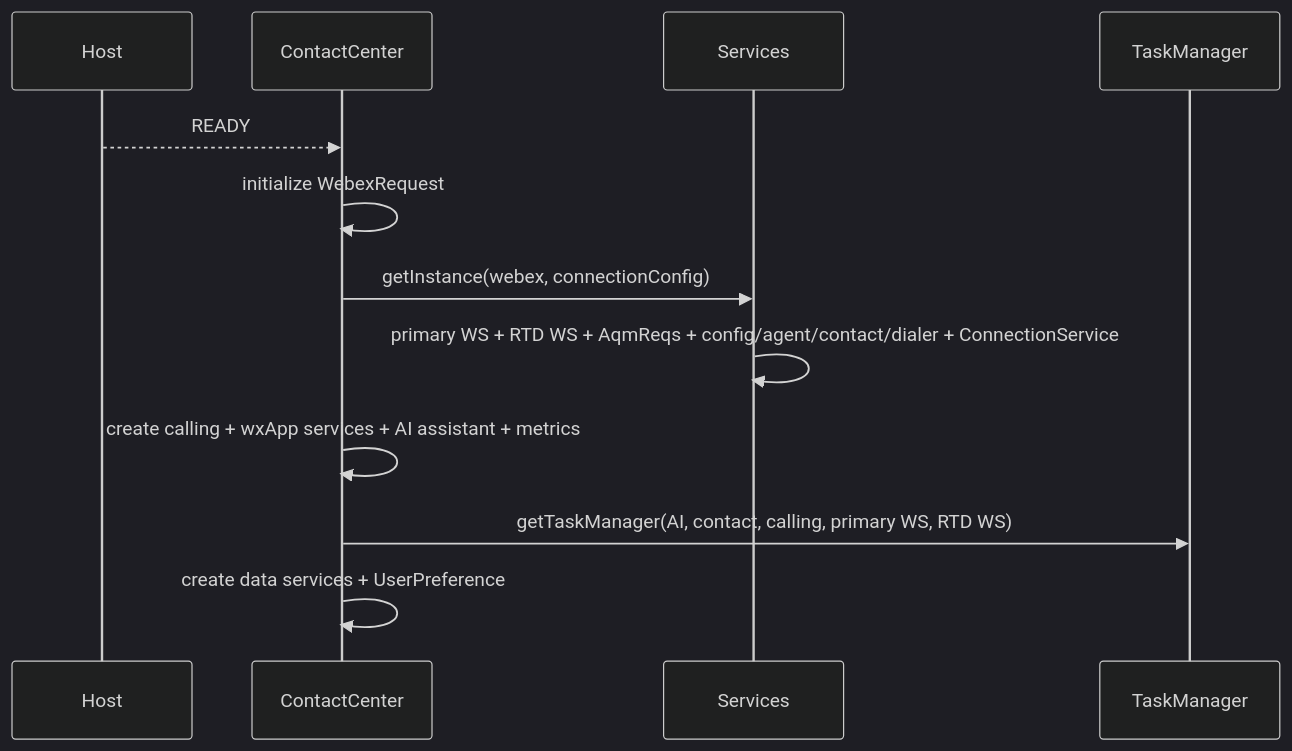
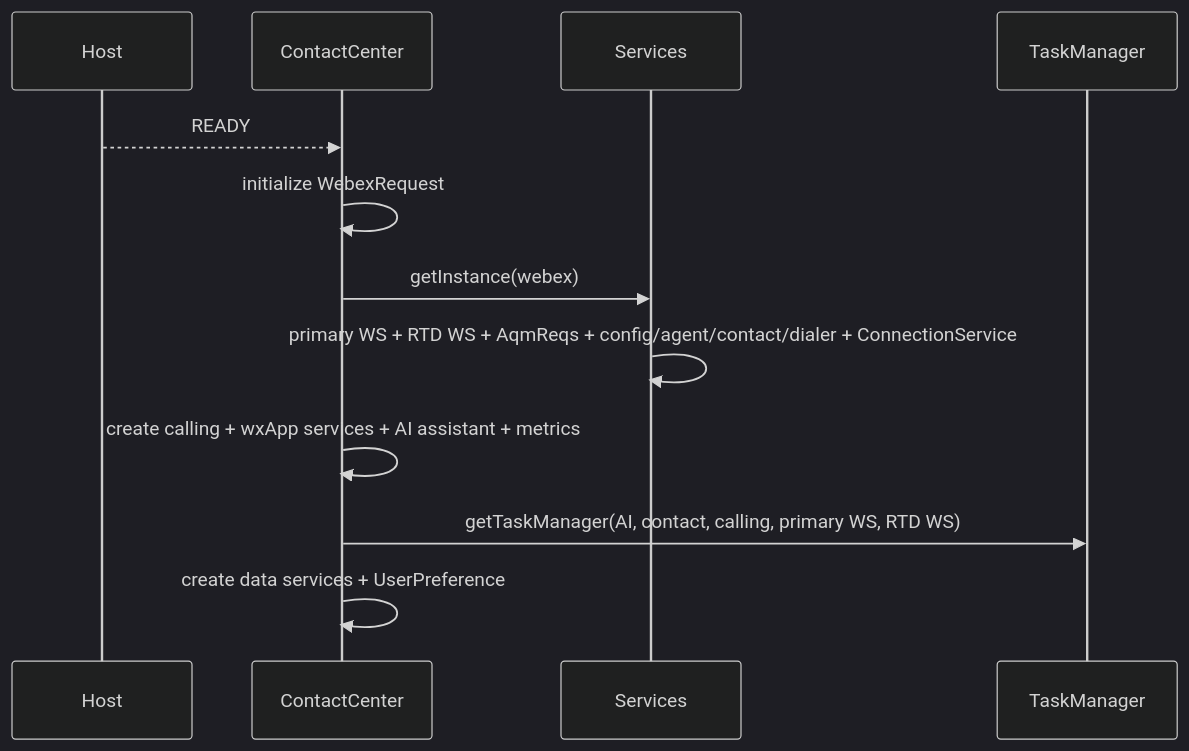
One commit to webex/webex-js-sdk changed the first of 12 diagrams in packages/@webex/contact-center/src/services/docs/README.md. Above: the diagram before and after it, drawn with Mermaid (dark theme). The commit also changed other lines of this file and 9 other files, not shown here.

````diff
--- a/packages/@webex/contact-center/src/services/docs/README.md
+++ b/packages/@webex/contact-center/src/services/docs/README.md
@@ -324,14 +321,14 @@
 ```mermaid
 sequenceDiagram
   participant Host
   participant CC as ContactCenter
   participant S as Services
   participant TM as TaskManager
   Host-->>CC: READY
   CC->>CC: initialize WebexRequest
-  CC->>S: getInstance(webex, connectionConfig)
+  CC->>S: getInstance(webex)
   S->>S: primary WS + RTD WS + AqmReqs + config/agent/contact/dialer + ConnectionService
   CC->>CC: create calling + wxApp services + AI assistant + metrics
   CC->>TM: getTaskManager(AI, contact, calling, primary WS, RTD WS)
   CC->>CC: create data services + UserPreference
 ```
````
